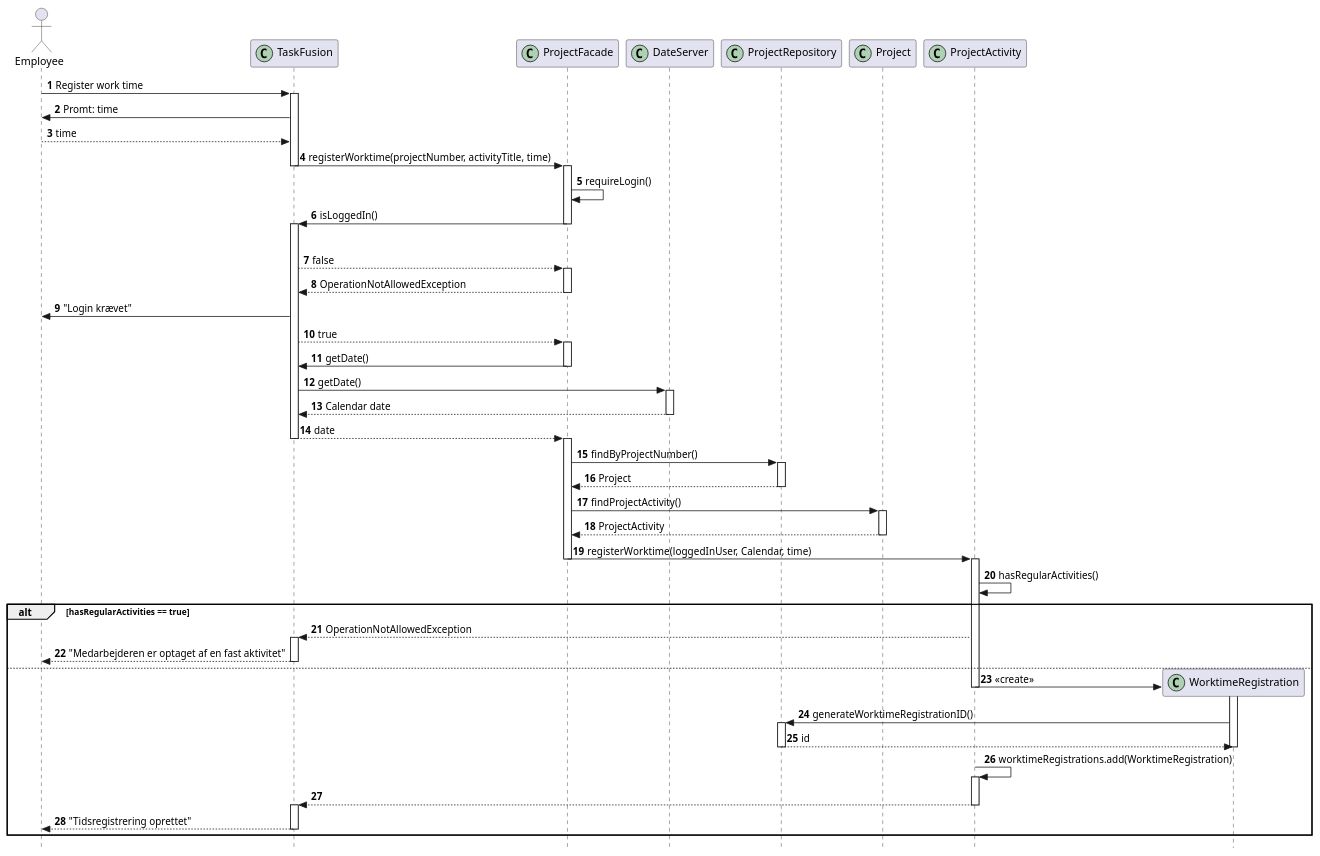
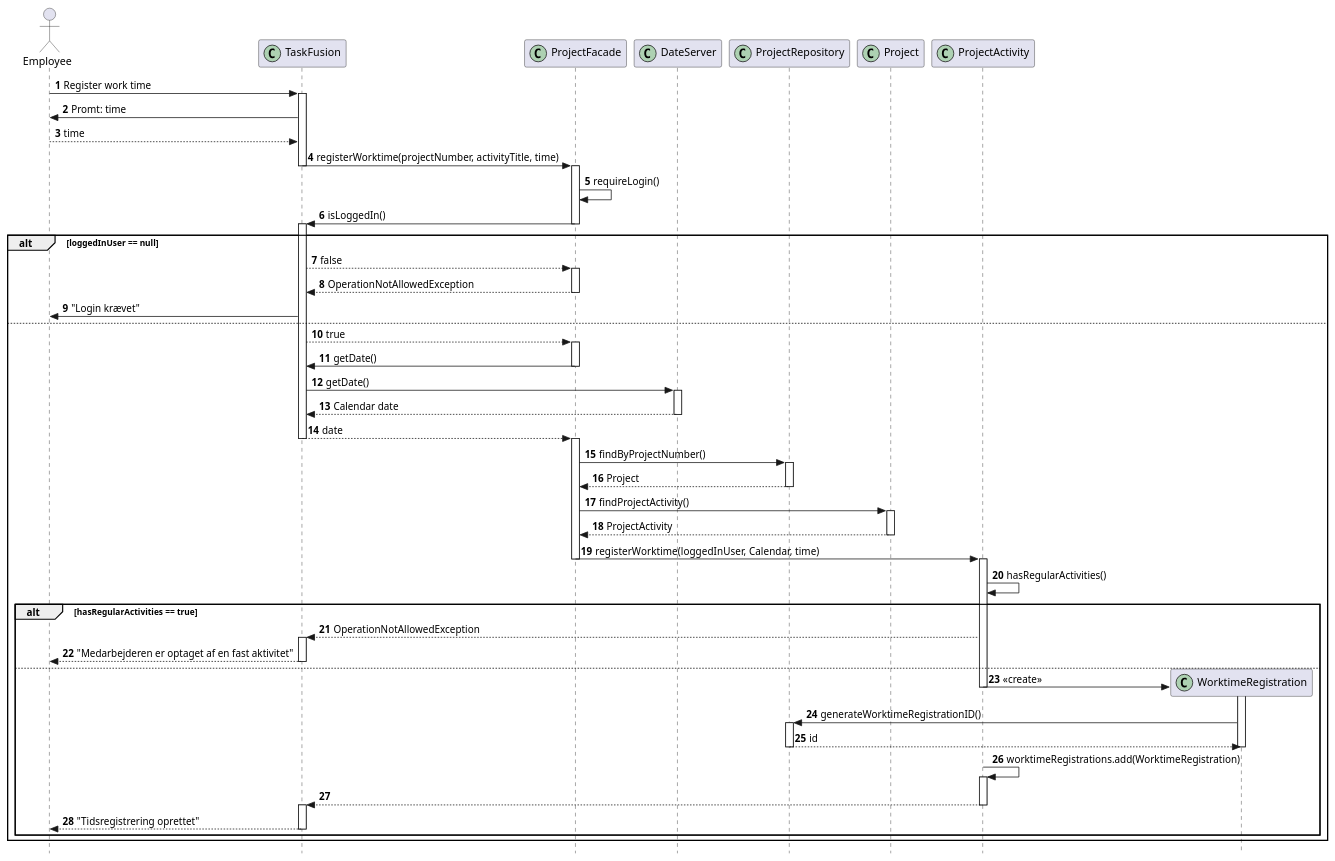
Before and after one commit to rwiuff/02161ExamProject: the diagram in RequirementsAndDesign/SequenceDiagrams/registerWorktime.puml, drawn with PlantUML. The commit also changed 8 other files, not shown here.

```diff
--- a/RequirementsAndDesign/SequenceDiagrams/registerWorktime.puml
+++ b/RequirementsAndDesign/SequenceDiagrams/registerWorktime.puml
@@ -1,55 +1,55 @@
 @startuml seqRegisterWorktime
 autonumber
 hide footbox
 skinparam style strictuml
 hide unlinked
 actor "Employee" as employee
 participant "TaskFusion" as app << (C,#ADD1B2) >>
 participant "ProjectFacade" as projectfacade << (C,#ADD1B2) >>
 participant "DateServer" as ds << (C,#ADD1B2) >>
 participant "ProjectRepository" as projectrepo << (C,#ADD1B2) >>
 participant "Project" as project << (C,#ADD1B2) >>
 collections "Map<String, Projects> projects" as projects << (M, Crimson) >>
 collections "Map<String, Employee> employees" as emps << (M,Crimson) >>
 participant "ProjectActivity" as projectactivity << (C,#ADD1B2) >>
 participant "ProjectActivityViewModel" as regacvm << (C,#ADD1B2) >>
 participant "WorktimeRegistration" as wt << (C,#ADD1B2) >>
 
 employee -> app++: Register work time
 app -> employee: Promt: time
 employee --> app: time
 app -> projectfacade--++: registerWorktime(projectNumber, activityTitle, time)
 projectfacade -> projectfacade: requireLogin()
 projectfacade -> app--++: isLoggedIn()
 alt loggedInUser == null
     app --> projectfacade++: false
     projectfacade --> app--: OperationNotAllowedException
     app -> employee: "Login krævet"
 else
     app --> projectfacade++: true
     projectfacade -> app--: getDate()
     app -> ds++: getDate()
     ds --> app--: Calendar date
     app --> projectfacade--++: date
     projectfacade -> projectrepo++: findByProjectNumber()
     projectrepo --> projectfacade--: Project
     projectfacade -> project++: findProjectActivity()
     project --> projectfacade--: ProjectActivity
     projectfacade -> projectactivity--++: registerWorktime(loggedInUser, Calendar, time)
     projectactivity -> projectactivity: hasRegularActivities()
     alt hasRegularActivities == true
-    projectactivity --> app++: OperationNotAllowedException
-    app --> employee--: "Medarbejderen er optaget af en fast aktivitet"
+        projectactivity --> app++: OperationNotAllowedException
+        app --> employee--: "Medarbejderen er optaget af en fast aktivitet"
     else
-    projectactivity -> wt**: <<create>>
-    deactivate projectactivity
-    activate wt
-    wt -> projectrepo++: generateWorktimeRegistrationID()
-    projectrepo --> wt--: id
-    deactivate wt
-    projectactivity -> projectactivity++: worktimeRegistrations.add(WorktimeRegistration)
-    projectactivity --> app--++:
-    app --> employee--: "Tidsregistrering oprettet"
+        projectactivity -> wt**: <<create>>
+        deactivate projectactivity
+        activate wt
+        wt -> projectrepo++: generateWorktimeRegistrationID()
+        projectrepo --> wt--: id
+        deactivate wt
+        projectactivity -> projectactivity++: worktimeRegistrations.add(WorktimeRegistration)
+        projectactivity --> app--++:
+        app --> employee--: "Tidsregistrering oprettet"
+    end
 end
-
-@enduml
+    @enduml
```
